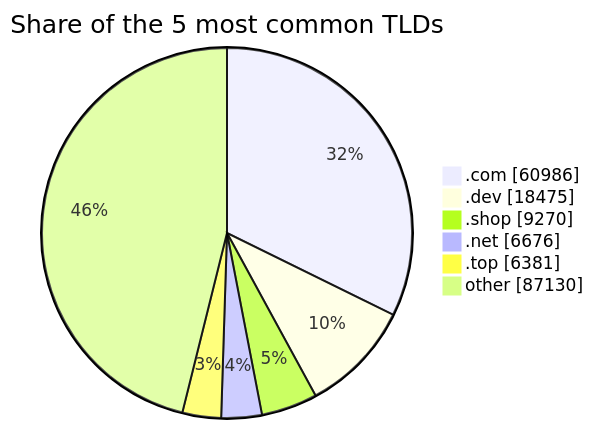
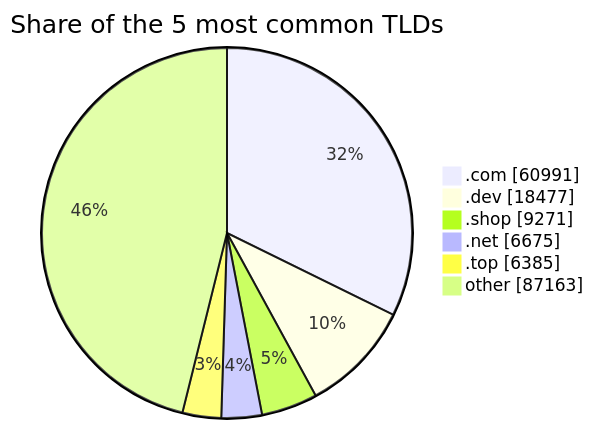
One commit to DNSBunker/CTI changed the third of 3 diagrams in README.md. Above: the diagram before and after it, drawn with Mermaid. The commit also changed other lines of this file and 3 other files, not shown here.

````diff
--- a/README.md
+++ b/README.md
@@ -81,9 +81,9 @@
 ```mermaid
 pie showData title Share of the 5 most common TLDs
-    ".com" : 60986
-    ".dev" : 18475
-    ".shop" : 9270
-    ".net" : 6676
-    ".top" : 6381
-    "other" : 87130
+    ".com" : 60991
+    ".dev" : 18477
+    ".shop" : 9271
+    ".net" : 6675
+    ".top" : 6385
+    "other" : 87163
 ```
````
